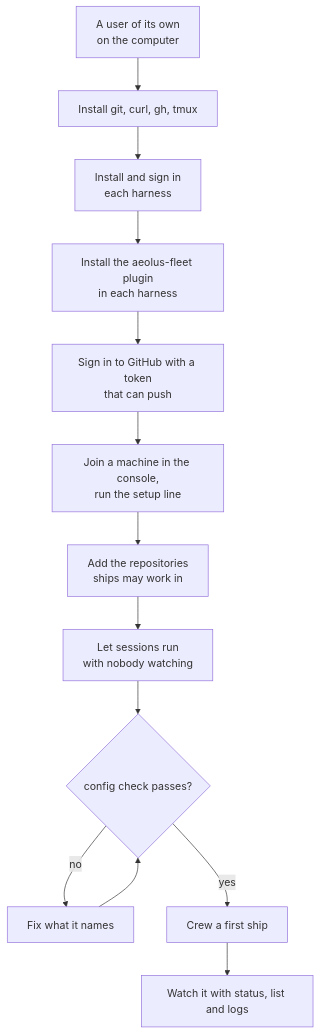
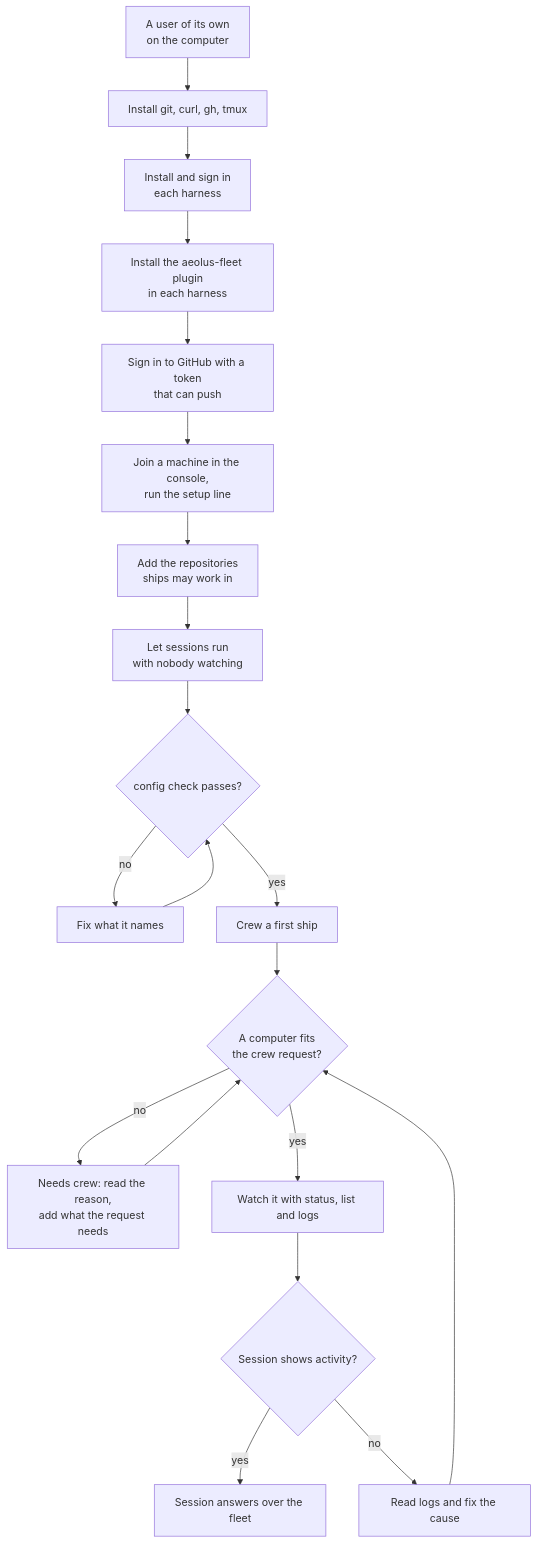
One commit to ThomasHendrickx/aeolus-fleet-trierarch changed the second of 4 diagrams in docs/guide/setup.md. Above: the diagram before and after it, drawn with Mermaid. The commit also changed other lines of this file and 1 other file, not shown here.

First line of the commit message:
Show setup and crew paths in diagrams (#442)

````diff
--- a/docs/guide/setup.md
+++ b/docs/guide/setup.md
@@ -49,14 +49,19 @@
 ```mermaid
 flowchart TD
     user["A user of its own<br/>on the computer"] --> tools["Install git, curl, gh, tmux"]
     tools --> harnesses["Install and sign in<br/>each harness"]
     harnesses --> plugin["Install the aeolus-fleet plugin<br/>in each harness"]
     plugin --> github["Sign in to GitHub with a token<br/>that can push"]
     github --> join["Join a machine in the console,<br/>run the setup line"]
     join --> places["Add the repositories<br/>ships may work in"]
     places --> unattended["Let sessions run<br/>with nobody watching"]
     unattended --> check{"config check passes?"}
     check -->|no| fix["Fix what it names"] --> check
     check -->|yes| first["Crew a first ship"]
-    first --> watch["Watch it with status, list and logs"]
+    first --> placed{"A computer fits<br/>the crew request?"}
+    placed -->|no| needs["Needs crew: read the reason,<br/>add what the request needs"] --> placed
+    placed -->|yes| watch["Watch it with status, list and logs"]
+    watch --> running{"Session shows activity?"}
+    running -->|yes| done["Session answers over the fleet"]
+    running -->|no| logs["Read logs and fix the cause"] --> placed
 ```
````
